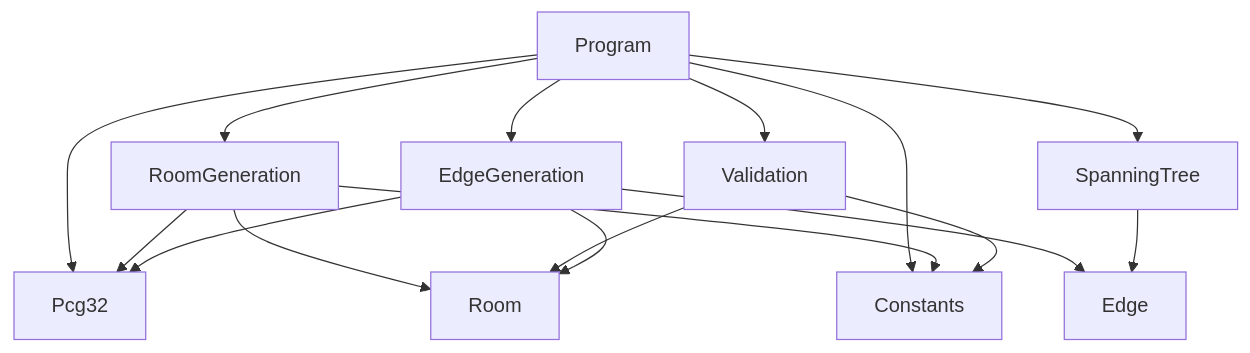
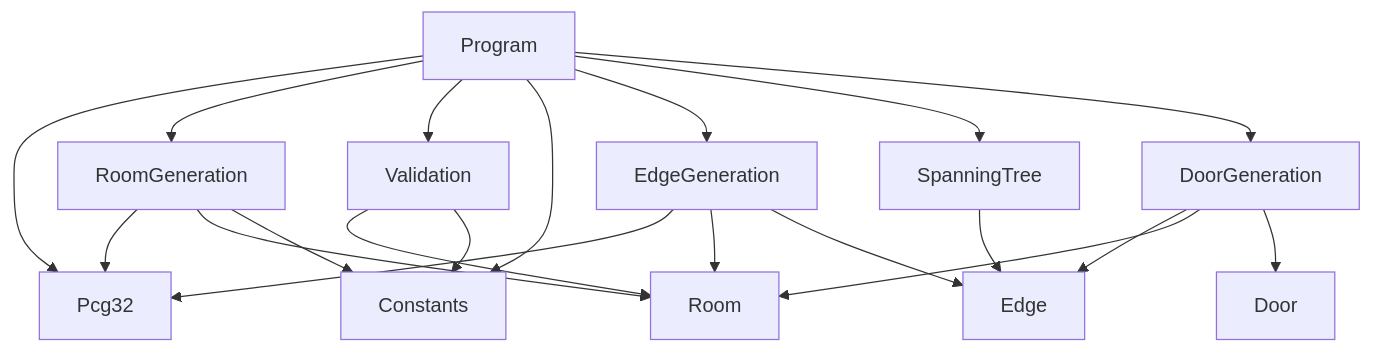
Before and after one commit to verdoxOP/procgen-dungeon: the second of 2 diagrams in Algorithms/csharp/procgen-csharp/docs/architecture.md, drawn with Mermaid. The commit also changed other lines of this file and 10 other files, not shown here.

First line of the commit message:
Add door generation to C# port

````diff
--- a/Algorithms/csharp/procgen-csharp/docs/architecture.md
+++ b/Algorithms/csharp/procgen-csharp/docs/architecture.md
@@ -88,18 +92,22 @@
 ```mermaid
 flowchart TD
     Program --> Pcg32
     Program --> RoomGeneration
     Program --> Validation
     Program --> Constants
     RoomGeneration --> Pcg32
     RoomGeneration --> Room
     RoomGeneration --> Constants
     Validation --> Room
     Validation --> Constants
     Program --> EdgeGeneration
     EdgeGeneration --> Pcg32
     EdgeGeneration --> Room
     EdgeGeneration --> Edge
     Program --> SpanningTree
     SpanningTree --> Edge
+    Program --> DoorGeneration
+    DoorGeneration --> Edge
+    DoorGeneration --> Room
+    DoorGeneration --> Door
 ```
````
